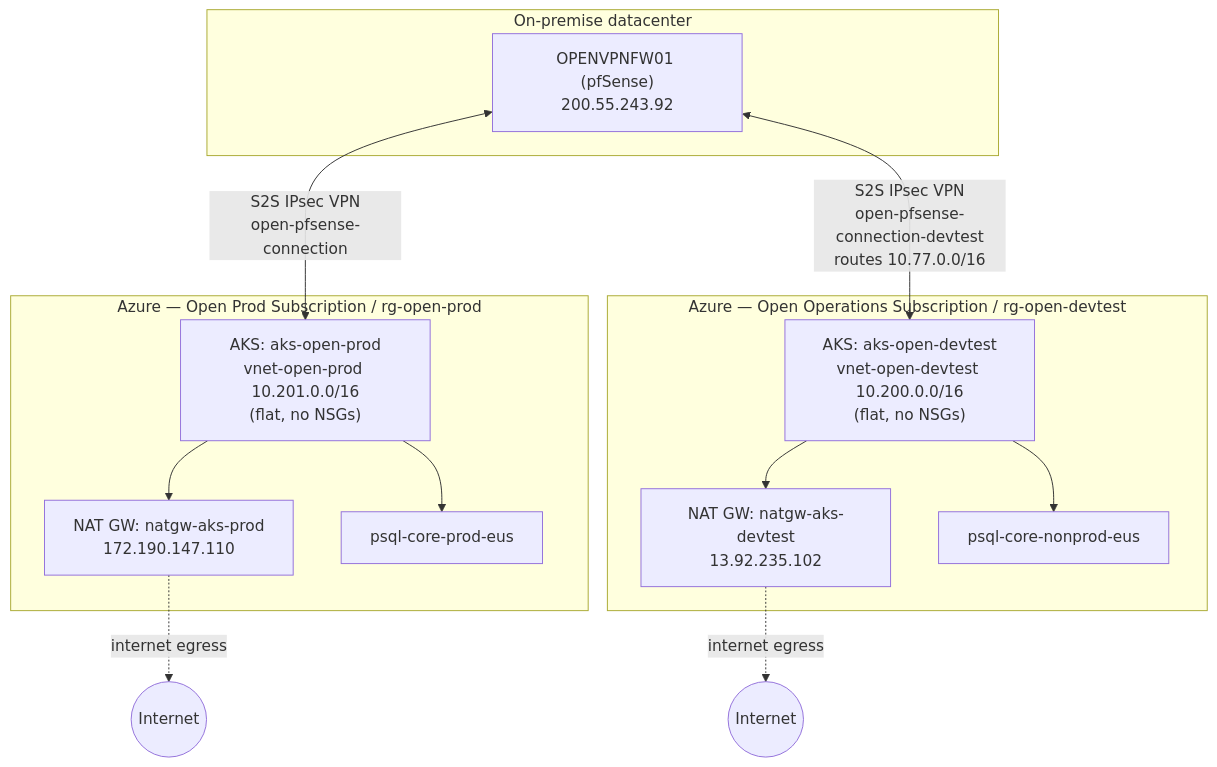
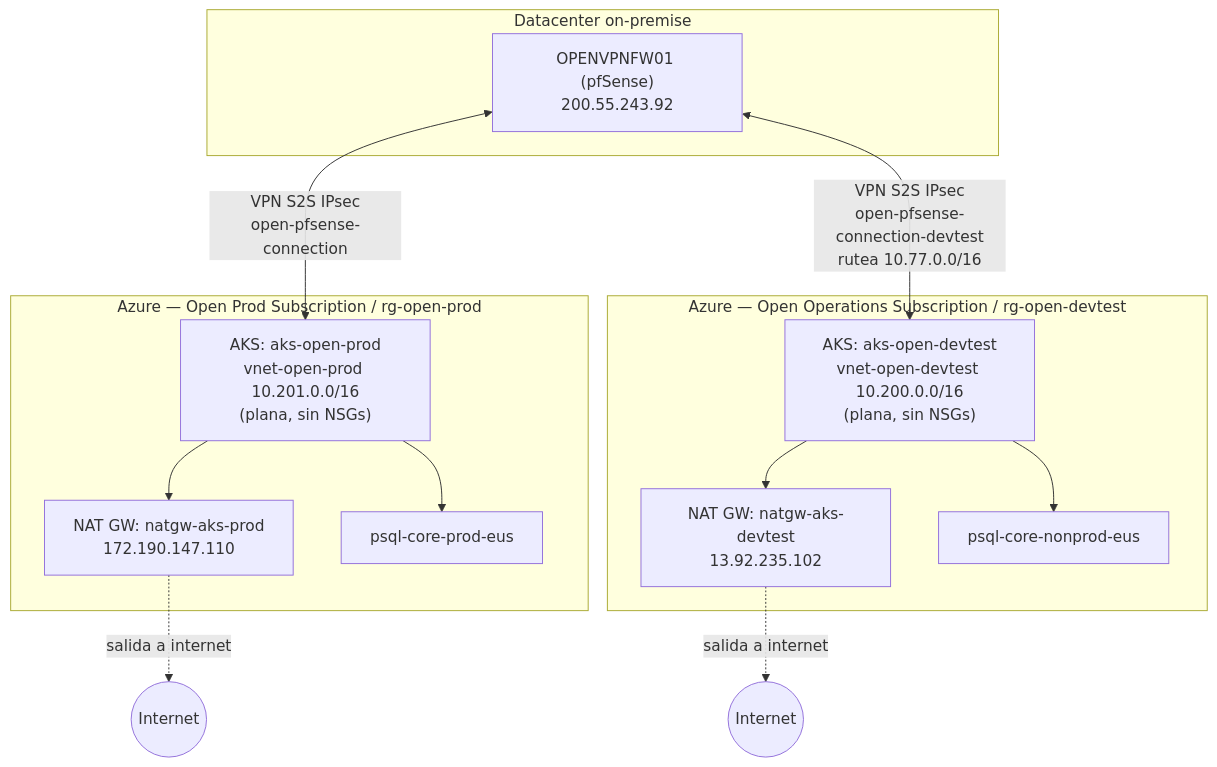
Before and after one commit to gianfranco-s/smartsouth-opensolutions: the second of 2 diagrams in infra/topology.md, drawn with Mermaid. The commit also changed other lines of this file and 5 other files, not shown here.

````diff
--- a/infra/topology.md
+++ b/infra/topology.md
@@ -99,24 +84,24 @@
 ```mermaid
 flowchart TB
-  subgraph OnPrem["On-premise datacenter"]
+  subgraph OnPrem["Datacenter on-premise"]
     pfsense["OPENVPNFW01 (pfSense)<br/>200.55.243.92"]
   end
   subgraph AzureProd["Azure — Open Prod Subscription / rg-open-prod"]
-    aksprod["AKS: aks-open-prod<br/>vnet-open-prod 10.201.0.0/16<br/>(flat, no NSGs)"]
+    aksprod["AKS: aks-open-prod<br/>vnet-open-prod 10.201.0.0/16<br/>(plana, sin NSGs)"]
     natprod["NAT GW: natgw-aks-prod<br/>172.190.147.110"]
     pgprod["psql-core-prod-eus"]
   end
   subgraph AzureDev["Azure — Open Operations Subscription / rg-open-devtest"]
-    aksdev["AKS: aks-open-devtest<br/>vnet-open-devtest 10.200.0.0/16<br/>(flat, no NSGs)"]
+    aksdev["AKS: aks-open-devtest<br/>vnet-open-devtest 10.200.0.0/16<br/>(plana, sin NSGs)"]
     natdev["NAT GW: natgw-aks-devtest<br/>13.92.235.102"]
     pgdev["psql-core-nonprod-eus"]
   end
-  pfsense <-->|"S2S IPsec VPN<br/>open-pfsense-connection"| aksprod
-  pfsense <-->|"S2S IPsec VPN<br/>open-pfsense-connection-devtest<br/>routes 10.77.0.0/16"| aksdev
+  pfsense <-->|"VPN S2S IPsec<br/>open-pfsense-connection"| aksprod
+  pfsense <-->|"VPN S2S IPsec<br/>open-pfsense-connection-devtest<br/>rutea 10.77.0.0/16"| aksdev
   aksprod --> pgprod
   aksdev --> pgdev
   aksprod --> natprod
   aksdev --> natdev
-  natprod -.->|"internet egress"| Internet1(("Internet"))
-  natdev -.->|"internet egress"| Internet2(("Internet"))
+  natprod -.->|"salida a internet"| Internet1(("Internet"))
+  natdev -.->|"salida a internet"| Internet2(("Internet"))
 ```
````
